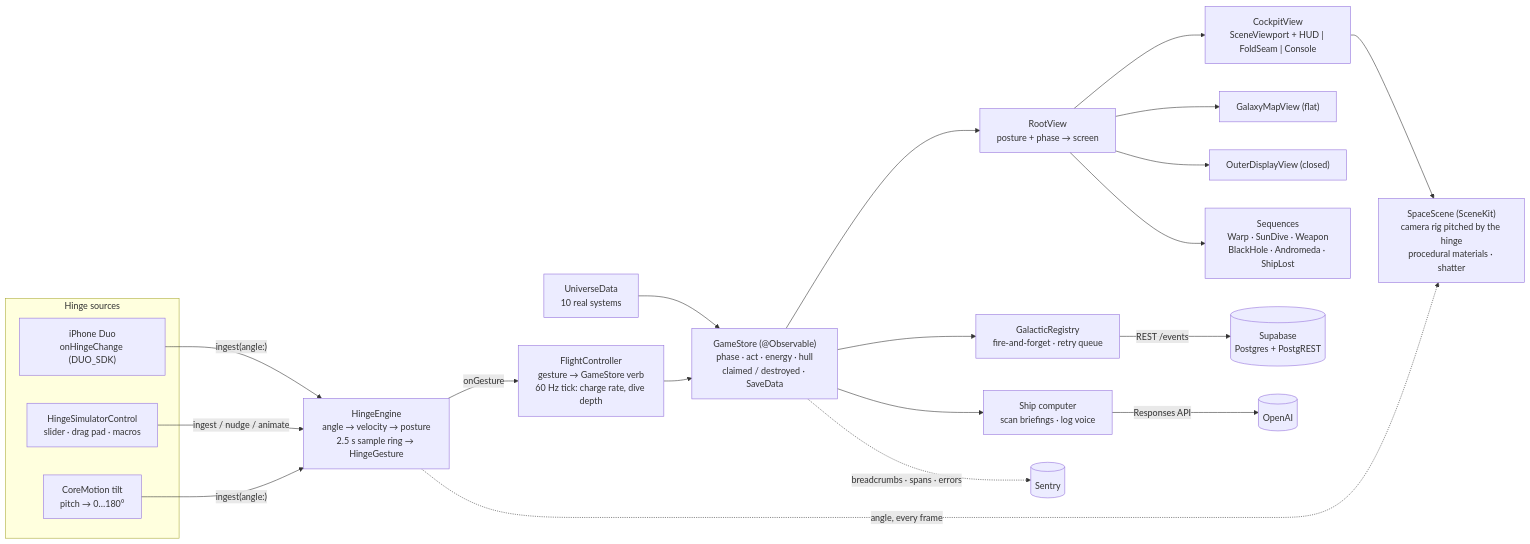
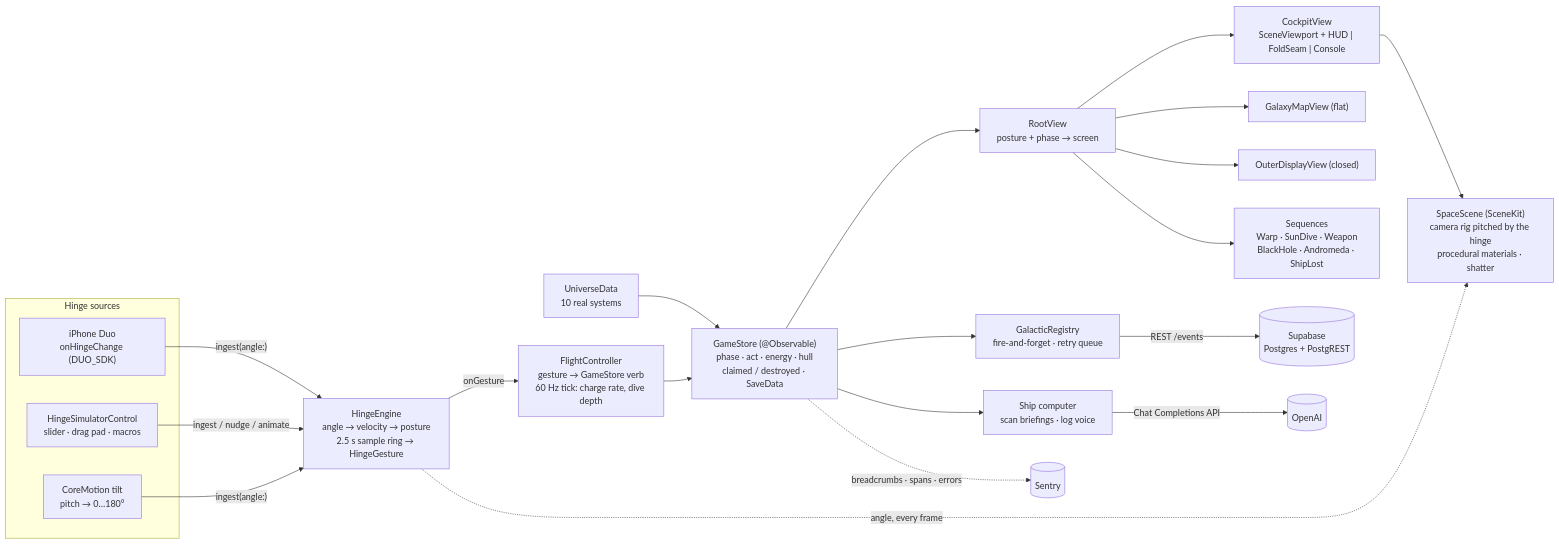
Before and after one commit to vnmoorthy/foldspace: the first of 3 diagrams in docs/ARCHITECTURE.md, drawn with Mermaid.

Commit message:
ARCHITECTURE: ship computer uses Chat Completions (matches ShipComputer.swift)

````diff
--- a/docs/ARCHITECTURE.md
+++ b/docs/ARCHITECTURE.md
@@ -17,33 +17,33 @@
 ```mermaid
 flowchart LR
     subgraph Sources["Hinge sources"]
         DUO["iPhone Duo\nonHingeChange (DUO_SDK)"]
         SIM["HingeSimulatorControl\nslider · drag pad · macros"]
         MOT["CoreMotion tilt\npitch → 0…180°"]
     end
     DUO -- "ingest(angle:)" --> HE
     SIM -- "ingest / nudge / animate" --> HE
     MOT -- "ingest(angle:)" --> HE
 
     HE["HingeEngine\nangle → velocity → posture\n2.5 s sample ring → HingeGesture"]
     FC["FlightController\ngesture → GameStore verb\n60 Hz tick: charge rate, dive depth"]
     GS["GameStore (@Observable)\nphase · act · energy · hull\nclaimed / destroyed · SaveData"]
     UD["UniverseData\n10 real systems"] --> GS
 
     HE -- "onGesture" --> FC
     FC --> GS
 
     GS --> RV["RootView\nposture + phase → screen"]
     RV --> CK["CockpitView\nSceneViewport + HUD | FoldSeam | Console"]
     RV --> GM["GalaxyMapView (flat)"]
     RV --> OD["OuterDisplayView (closed)"]
     RV --> SQ["Sequences\nWarp · SunDive · Weapon\nBlackHole · Andromeda · ShipLost"]
     CK --> SC["SpaceScene (SceneKit)\ncamera rig pitched by the hinge\nprocedural materials · shatter"]
     HE -. "angle, every frame" .-> SC
 
     GS --> GR["GalacticRegistry\nfire-and-forget · retry queue"]
     GS --> AI["Ship computer\nscan briefings · log voice"]
     GR -- "REST /events" --> SB[("Supabase\nPostgres + PostgREST")]
-    AI -- "Responses API" --> OA[("OpenAI")]
+    AI -- "Chat Completions API" --> OA[("OpenAI")]
     GS -. "breadcrumbs · spans · errors" .-> SE[("Sentry")]
 ```
````
